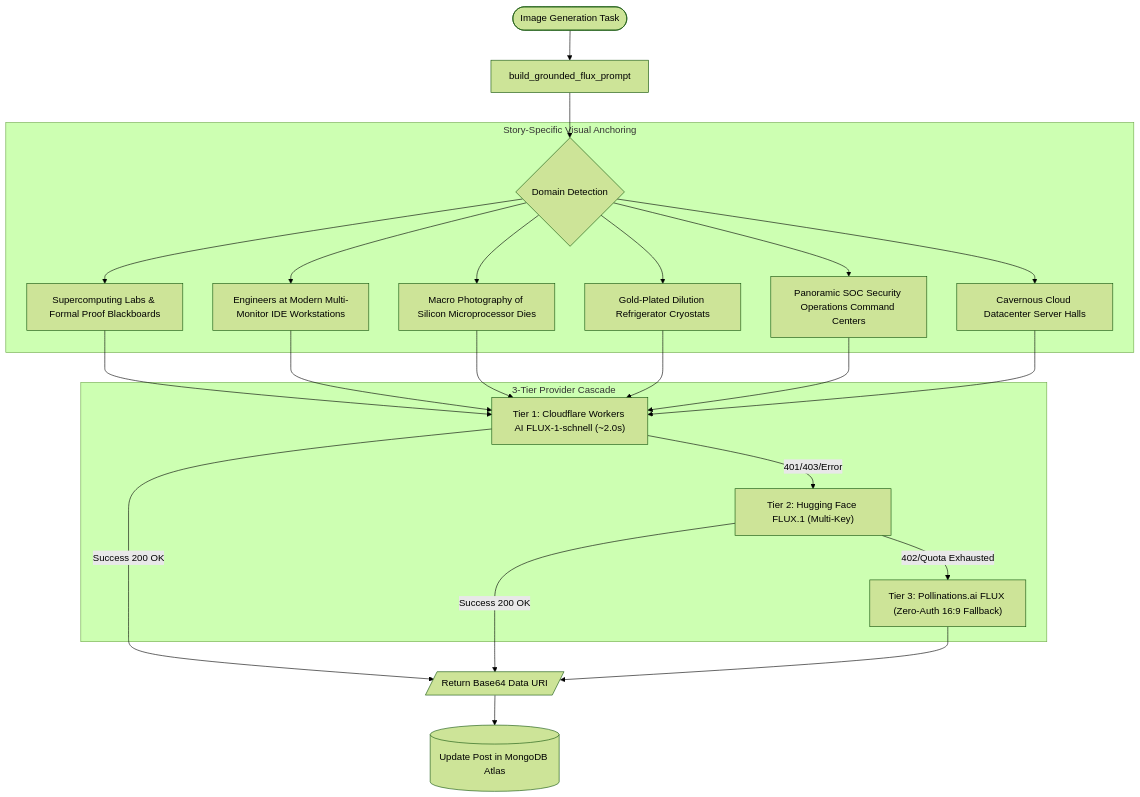
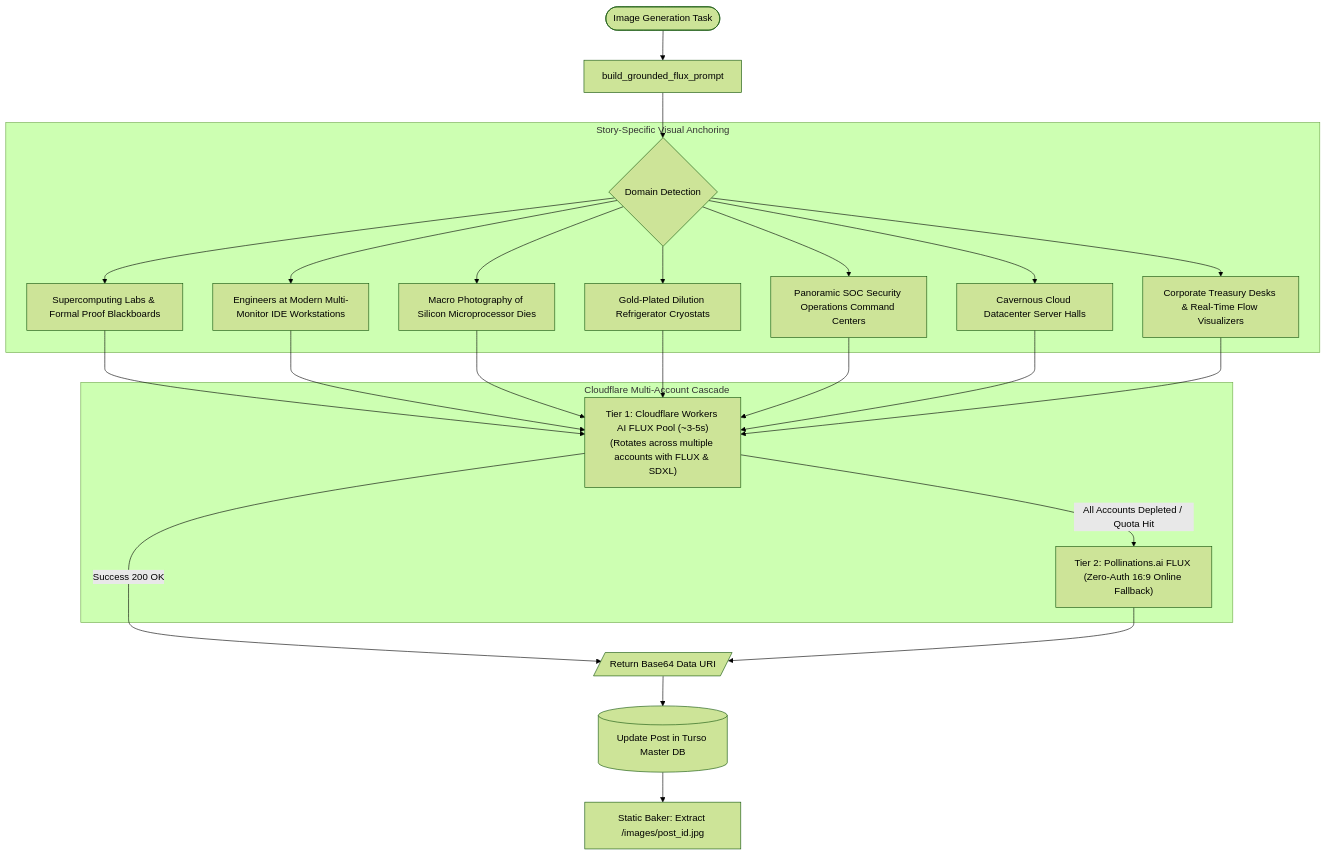
Before and after one commit to AnamolZ/lucid-trend: the third of 5 diagrams in docs/mechanism.md, drawn with Mermaid (forest theme). The commit also changed other lines of this file and 2 other files, not shown here.

Commit message:
docs: update system overview, mechanism, and use guide with Turso DB and Cloudflare AI pool

````diff
--- a/docs/mechanism.md
+++ b/docs/mechanism.md
@@ -182,33 +166,32 @@
 ```mermaid
 flowchart TD
     StartTask([Image Generation Task]) --> GroundPrompt[build_grounded_flux_prompt]
     
     subgraph Grounding ["Story-Specific Visual Anchoring"]
         DetectDomain{Domain Detection}
         AI_Domain[Supercomputing Labs & Formal Proof Blackboards]
         Dev_Domain[Engineers at Modern Multi-Monitor IDE Workstations]
         Chip_Domain[Macro Photography of Silicon Microprocessor Dies]
         Quantum_Domain[Gold-Plated Dilution Refrigerator Cryostats]
         Cyber_Domain[Panoramic SOC Security Operations Command Centers]
         Cloud_Domain[Cavernous Cloud Datacenter Server Halls]
+        Fin_Domain[Corporate Treasury Desks & Real-Time Flow Visualizers]
     end
     
     GroundPrompt --> DetectDomain
-    DetectDomain --> AI_Domain & Dev_Domain & Chip_Domain & Quantum_Domain & Cyber_Domain & Cloud_Domain
+    DetectDomain --> AI_Domain & Dev_Domain & Chip_Domain & Quantum_Domain & Cyber_Domain & Cloud_Domain & Fin_Domain
     
-    subgraph ProviderCascade ["3-Tier Provider Cascade"]
-        Tier1["Tier 1: Cloudflare Workers AI FLUX-1-schnell (~2.0s)"]
-        Tier2["Tier 2: Hugging Face FLUX.1 (Multi-Key)"]
-        Tier3["Tier 3: Pollinations.ai FLUX (Zero-Auth 16:9 Fallback)"]
+    subgraph ProviderCascade ["Cloudflare Multi-Account Cascade"]
+        Tier1["Tier 1: Cloudflare Workers AI FLUX Pool (~3-5s)<br/>(Rotates across multiple accounts with FLUX & SDXL)"]
+        Tier2["Tier 2: Pollinations.ai FLUX (Zero-Auth 16:9 Online Fallback)"]
     end
     
-    AI_Domain & Dev_Domain & Chip_Domain & Quantum_Domain & Cyber_Domain & Cloud_Domain --> Tier1
+    AI_Domain & Dev_Domain & Chip_Domain & Quantum_Domain & Cyber_Domain & Cloud_Domain & Fin_Domain --> Tier1
     
     Tier1 -->|Success 200 OK| ReturnImage[/Return Base64 Data URI/]
-    Tier1 -->|401/403/Error| Tier2
-    Tier2 -->|Success 200 OK| ReturnImage
-    Tier2 -->|402/Quota Exhausted| Tier3
-    Tier3 --> ReturnImage
+    Tier1 -->|All Accounts Depleted / Quota Hit| Tier2
+    Tier2 --> ReturnImage
     
-    ReturnImage --> UpdateDB[(Update Post in MongoDB Atlas)]
+    ReturnImage --> UpdateDB[(Update Post in Turso Master DB)]
+    UpdateDB --> StaticBake[Static Baker: Extract /images/post_id.jpg]
 ```
````
